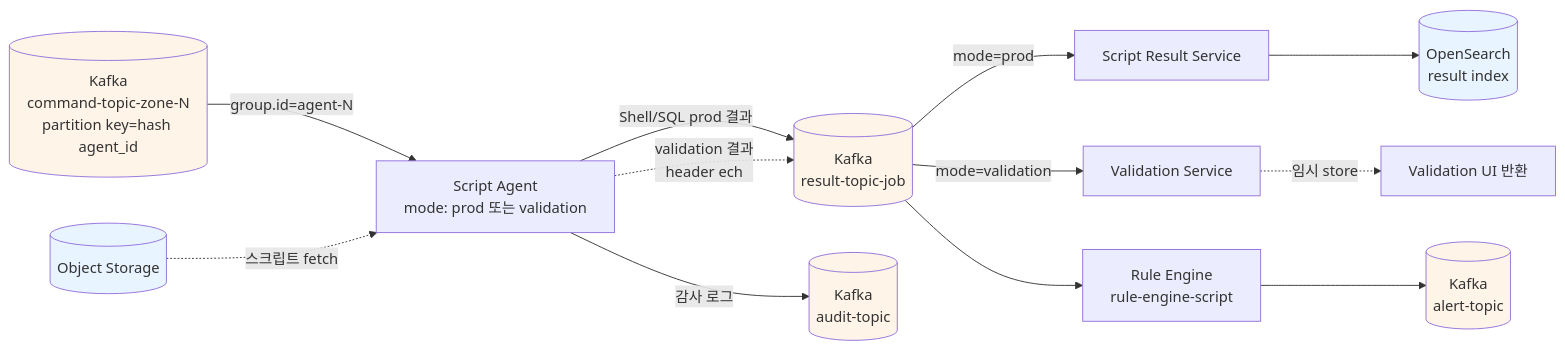
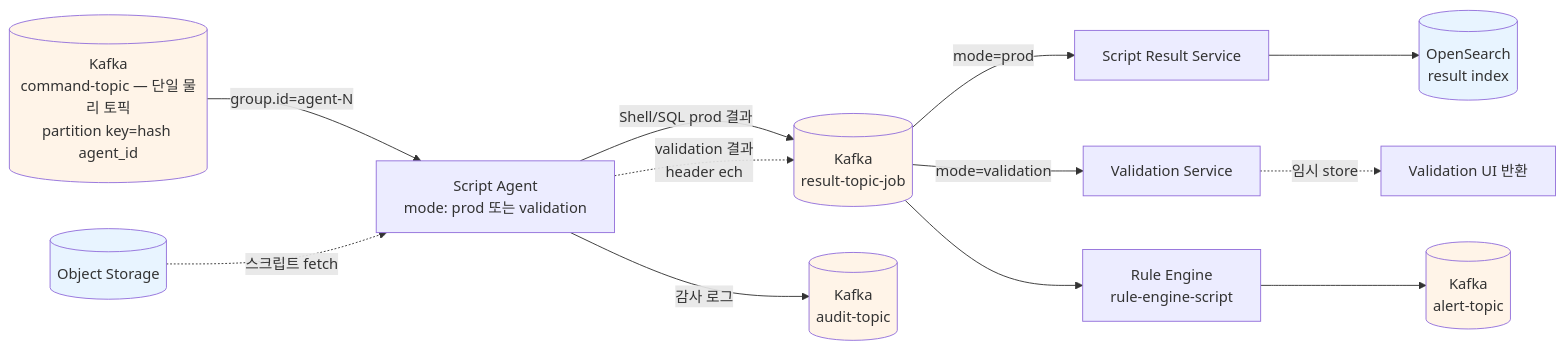
Before and after one commit to nebydu/monitoring-meta: the third of 20 diagrams in docs/통합본_v0_9.md, drawn with Mermaid. The commit also changed other lines of this file and 8 other files, not shown here.

````diff
--- a/docs/통합본_v0_9.md
+++ b/docs/통합본_v0_9.md
@@ -1232,25 +1233,25 @@
 ```mermaid
 flowchart LR
-    CT[(Kafka<br/>command-topic-zone-N<br/>partition key=hash agent_id)] -->|group.id=agent-N| SA[Script Agent<br/>mode: prod 또는 validation]
+    CT[(Kafka<br/>command-topic — 단일 물리 토픽<br/>partition key=hash agent_id)] -->|group.id=agent-N| SA[Script Agent<br/>mode: prod 또는 validation]
     OS[(Object Storage)] -.스크립트 fetch.-> SA
 
     SA -->|Shell/SQL prod 결과| RTJ[(Kafka<br/>result-topic-job)]
     SA -.validation 결과<br/>header echo.-> RTJ
 
     RTJ -->|mode=prod| SRS[Script Result Service]
     RTJ -->|mode=validation| VS[Validation Service]
     RTJ --> RE_S[Rule Engine<br/>rule-engine-script]
 
     SRS --> OSearch[(OpenSearch<br/>result index)]
     VS -.임시 store.-> UI[Validation UI 반환]
     RE_S --> AT[(Kafka<br/>alert-topic)]
 
     SA -->|감사 로그| AUD[(Kafka<br/>audit-topic)]
 
     style OSearch fill:#e8f4ff
     style OS fill:#e8f4ff
     style CT fill:#fff4e8
     style RTJ fill:#fff4e8
     style AT fill:#fff4e8
     style AUD fill:#fff4e8
 ```
````
